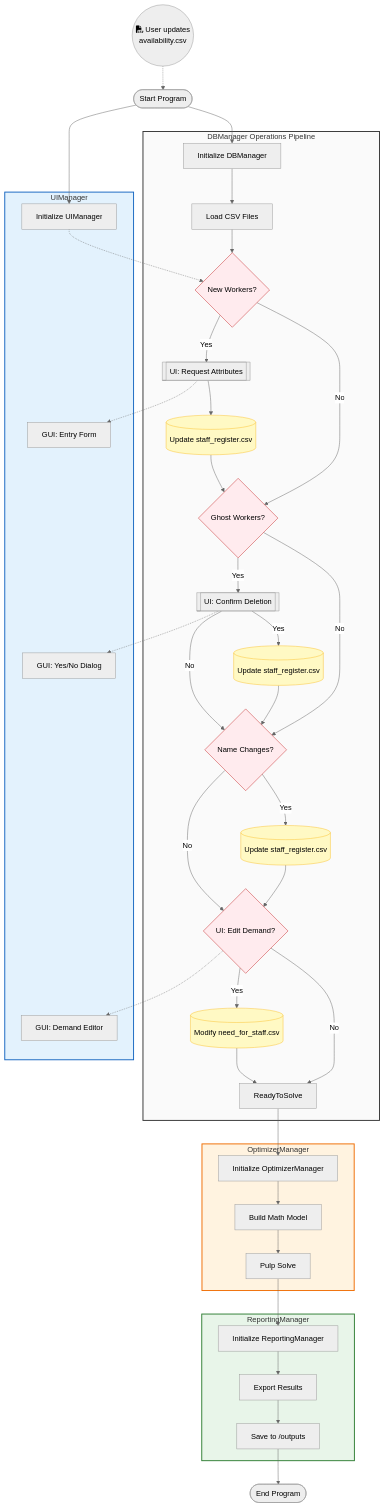
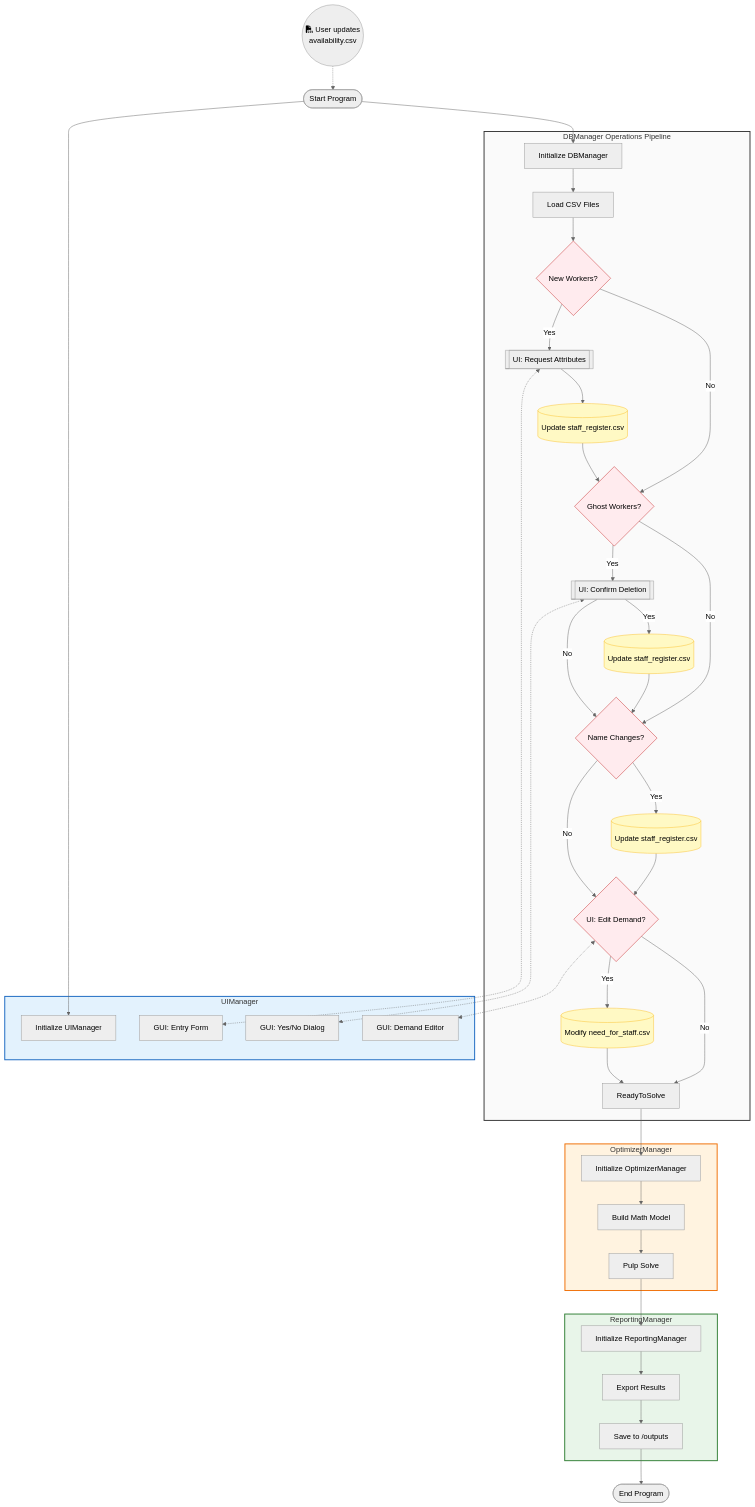
One commit to MaximeMoussi/Schedule changed the diagram in README.md. Above: the diagram before and after it, drawn with Mermaid (neutral theme). The commit also changed other lines of this file, not shown here.

````diff
--- a/README.md
+++ b/README.md
@@ -98,76 +115,76 @@
 ```mermaid
 flowchart TD
 
 
 Upload((fa:fa-file-csv User updates<br/>availability.csv)) -.-> Start([Start Program])
 
 
 Start --> DB_Init[Initialize DBManager]
 Start --> UI_Init[Initialize UIManager]
 
 subgraph DBLayer ["DBManager Operations Pipeline"]
     DB_Init --> Load[Load CSV Files]
     Load --> NewCheck{New Workers?}
     
     %% Path 1: Worker Sync
     NewCheck -- Yes --> AskNew[[UI: Request Attributes]]
     AskNew --> SyncDB[(Update staff_register.csv)]
     SyncDB --> GhostCheck
     NewCheck -- No --> GhostCheck{Ghost Workers?}
 
     %% Path 2: Ghost Cleanup
     GhostCheck -- Yes --> AskGhost[[UI: Confirm Deletion]]
     AskGhost -- Yes --> SyncDB2[(Update staff_register.csv)]
     AskGhost -- No --> NameCheck
     SyncDB2 --> NameCheck{Name Changes?}
     GhostCheck -- No --> NameCheck
     
     %% Path 3: Name Sync
     NameCheck -- Yes --> SyncDB3[(Update staff_register.csv)]
     NameCheck -- No --> DemandCheck
     SyncDB3 --> DemandCheck{UI: Edit Demand?}
 
     %% Path 4: Demand Edit (Now inside DB Manager)
     DemandCheck -- Yes --> EditDemand[(Modify need_for_staff.csv)]
     EditDemand --> ReadyToSolve
     DemandCheck -- No --> ReadyToSolve
 end
 
 subgraph UILayer ["UIManager"]
-    UI_Init -.-> NewCheck
+    UI_Init 
     
     %% UI components called by the DB Pipeline
-    AskNew -.-> GUI_Form[GUI: Entry Form]
-    AskGhost -.-> GUI_Dialog[GUI: Yes/No Dialog]
-    DemandCheck -.-> GUI_Edit[GUI: Demand Editor]
+    AskNew <-.-> GUI_Form[GUI: Entry Form]
+    AskGhost <-.-> GUI_Dialog[GUI: Yes/No Dialog]
+    DemandCheck <-.-> GUI_Edit[GUI: Demand Editor]
 end
 
 subgraph OptimizerLayer ["OptimizerManager"]
     ReadyToSolve --> Opti_Init[Initialize OptimizerManager] 
     Opti_Init[Initialize OptimizerManager] --> Setup[Build Math Model]
     Setup --> Solve[Pulp Solve]
 end
 
 subgraph ReportingLayer ["ReportingManager"]
     Solve --> Reportinit[Initialize ReportingManager] 
     Reportinit --> Generate[Export Results]
     Generate --> Save[Save to /outputs]
 end
 
 Save --> End([End Program])
 
 style DBLayer fill:#fafafa,stroke:#333,stroke-width:2px
 style UILayer fill:#e3f2fd,stroke:#1565c0,stroke-width:2px
 style OptimizerLayer fill:#fff3e0,stroke:#ef6c00,stroke-width:2px
 style ReportingLayer fill:#e8f5e9,stroke:#2e7d32,stroke-width:2px
 
 style SyncDB fill:#fff9c4,stroke:#fbc02d,stroke-width:1px
 style SyncDB2 fill:#fff9c4,stroke:#fbc02d,stroke-width:1px
 style SyncDB3 fill:#fff9c4,stroke:#fbc02d,stroke-width:1px
 style EditDemand fill:#fff9c4,stroke:#fbc02d,stroke-width:1px
 
 style NewCheck fill:#ffebee,stroke:#c62828
 style GhostCheck fill:#ffebee,stroke:#c62828
 style NameCheck fill:#ffebee,stroke:#c62828
 style DemandCheck fill:#ffebee,stroke:#c62828
 ```
````
